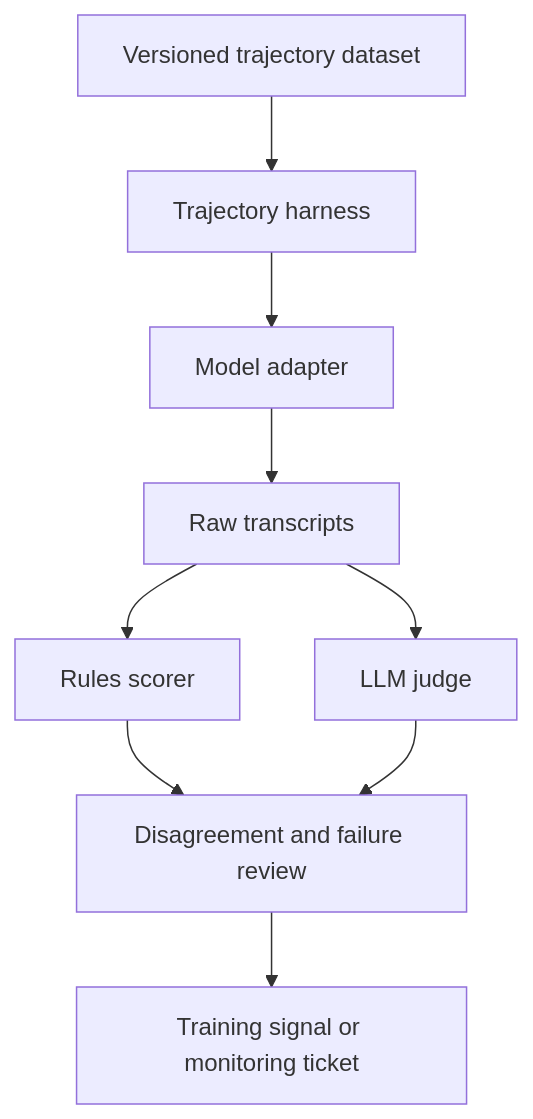
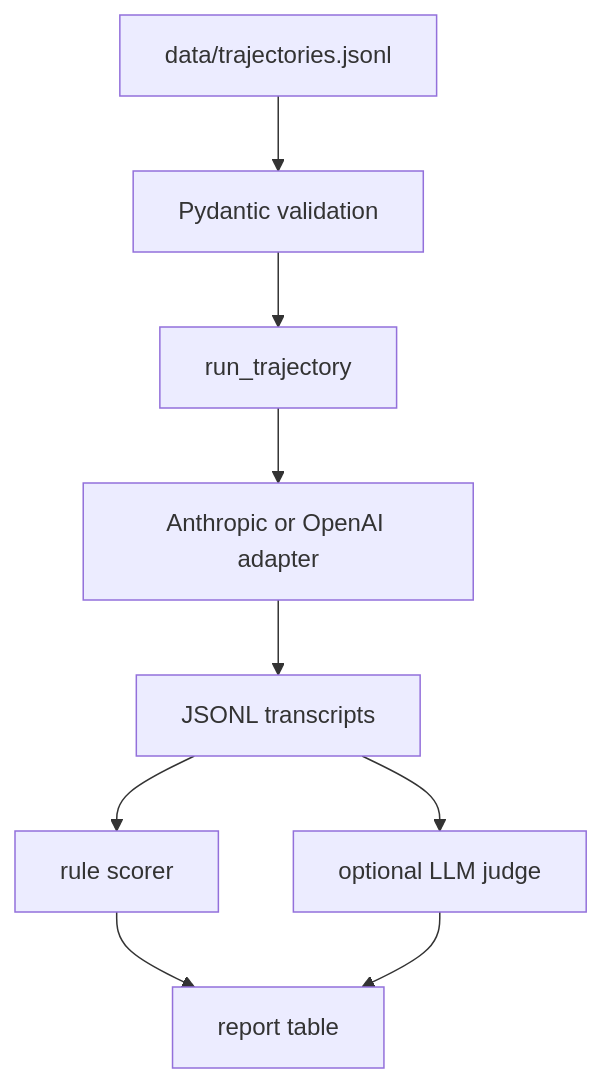
One commit to ABengani17/bio-trajectory-eval changed the second of 2 diagrams in README.md. Above: the diagram before and after it, drawn with Mermaid. The commit also changed other lines of this file, not shown here.

````diff
--- a/README.md
+++ b/README.md
@@ -142,11 +101,11 @@
 ```mermaid
 flowchart TB
-    D[Versioned trajectory dataset] --> H[Trajectory harness]
-    H --> M[Model adapter]
-    M --> R[Raw transcripts]
-    R --> S1[Rules scorer]
-    R --> S2[LLM judge]
-    S1 --> A[Disagreement and failure review]
-    S2 --> A
-    A --> T[Training signal or monitoring ticket]
+    D[data/trajectories.jsonl] --> V[Pydantic validation]
+    V --> H[run_trajectory]
+    H --> A[Anthropic or OpenAI adapter]
+    A --> J[JSONL transcripts]
+    J --> R[rule scorer]
+    J --> L[optional LLM judge]
+    R --> O[report table]
+    L --> O
 ```
````
